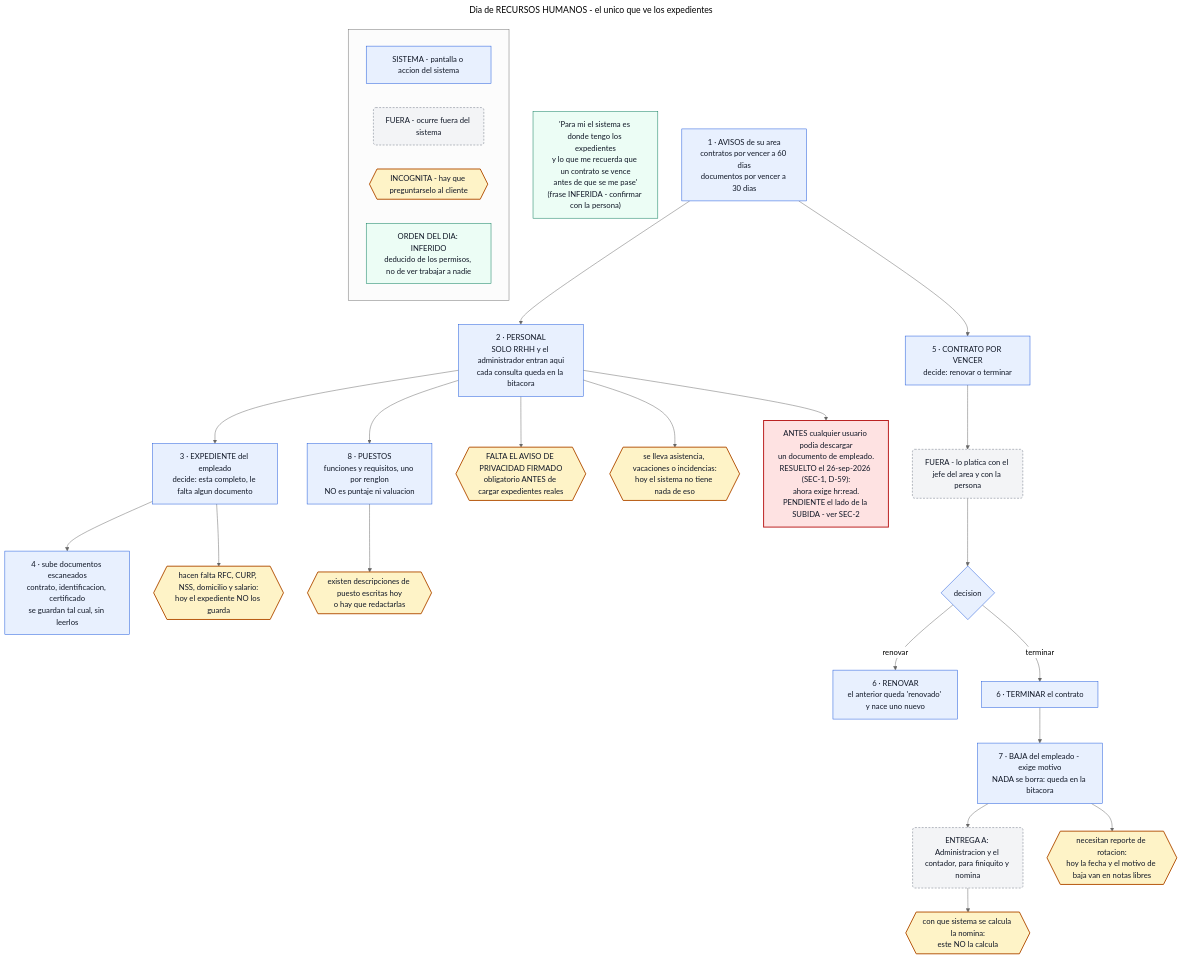
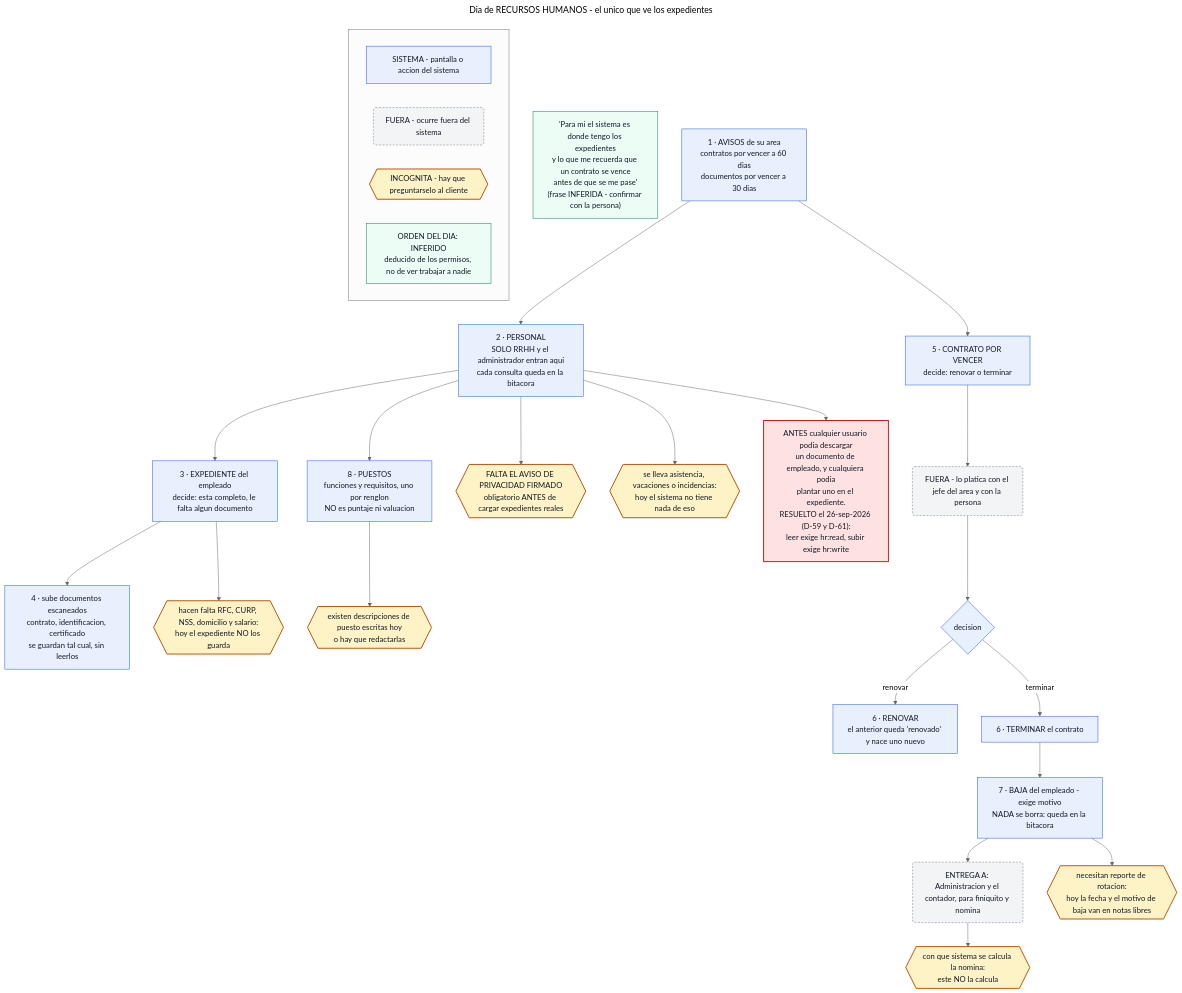
One commit to erimaan13-cmd/lahuerta-crm changed the diagram in docs/diagrams/18_uso_rrhh.mmd. Above: the diagram before and after it, drawn with Mermaid (neutral theme). The commit also changed 6 other files, not shown here.

First line of the commit message:
SEC-2: subir un adjunto exige el permiso de escritura de su módulo (D-61)

```diff
--- a/docs/diagrams/18_uso_rrhh.mmd
+++ b/docs/diagrams/18_uso_rrhh.mmd
@@ -1,48 +1,48 @@
 ---
 title: Dia de RECURSOS HUMANOS - el unico que ve los expedientes
 ---
 flowchart TB
   subgraph LEYENDA[" "]
     L1["SISTEMA - pantalla o accion del sistema"]
     L2("FUERA - ocurre fuera del sistema")
     L3{{"INCOGNITA - hay que preguntarselo al cliente"}}
     L4["ORDEN DEL DIA: INFERIDO<br/>deducido de los permisos, no de ver trabajar a nadie"]
   end
 
   F1["'Para mi el sistema es donde tengo los expedientes<br/>y lo que me recuerda que un contrato se vence<br/>antes de que se me pase'<br/>(frase INFERIDA - confirmar con la persona)"]
 
   A1["1 · AVISOS de su area<br/>contratos por vencer a 60 dias<br/>documentos por vencer a 30 dias"]
   A1 --> A2["2 · PERSONAL<br/>SOLO RRHH y el administrador entran aqui<br/>cada consulta queda en la bitacora"]
 
   A2 --> B1["3 · EXPEDIENTE del empleado<br/>decide: esta completo, le falta algun documento"]
   B1 --> B2["4 · sube documentos escaneados<br/>contrato, identificacion, certificado<br/>se guardan tal cual, sin leerlos"]
 
   A1 --> C1["5 · CONTRATO POR VENCER<br/>decide: renovar o terminar"]
   C1 --> C2("FUERA - lo platica con el jefe del area y con la persona")
   C2 --> C3{"decision"}
   C3 -->|renovar| C4["6 · RENOVAR<br/>el anterior queda 'renovado' y nace uno nuevo"]
   C3 -->|terminar| C5["6 · TERMINAR el contrato"]
   C5 --> C6["7 · BAJA del empleado - exige motivo<br/>NADA se borra: queda en la bitacora"]
   C6 --> C7("ENTREGA A: Administracion y el contador, para finiquito y nomina")
 
   A2 --> D1["8 · PUESTOS<br/>funciones y requisitos, uno por renglon<br/>NO es puntaje ni valuacion"]
   D1 --> D2{{"existen descripciones de puesto escritas hoy<br/>o hay que redactarlas"}}
 
   A2 --> E1{{"FALTA EL AVISO DE PRIVACIDAD FIRMADO<br/>obligatorio ANTES de cargar expedientes reales"}}
   B1 --> E2{{"hacen falta RFC, CURP, NSS, domicilio y salario:<br/>hoy el expediente NO los guarda"}}
   C6 --> E3{{"necesitan reporte de rotacion:<br/>hoy la fecha y el motivo de baja van en notas libres"}}
   A2 --> E4{{"se lleva asistencia, vacaciones o incidencias:<br/>hoy el sistema no tiene nada de eso"}}
   C7 --> E5{{"con que sistema se calcula la nomina:<br/>este NO la calcula"}}
 
-  A2 --> G1["ANTES cualquier usuario podia descargar<br/>un documento de empleado.<br/>RESUELTO el 26-sep-2026 (SEC-1, D-59):<br/>ahora exige hr:read.<br/>PENDIENTE el lado de la SUBIDA - ver SEC-2"]
+  A2 --> G1["ANTES cualquier usuario podia descargar<br/>un documento de empleado, y cualquiera podia<br/>plantar uno en el expediente.<br/>RESUELTO el 26-sep-2026 (D-59 y D-61):<br/>leer exige hr:read, subir exige hr:write"]
 
   classDef sistema fill:#e8f0fe,stroke:#1a56db,color:#111827
   classDef fuera fill:#f3f4f6,stroke:#6b7280,color:#111827,stroke-dasharray: 4 3
   classDef incognita fill:#fef3c7,stroke:#b45309,color:#111827,stroke-width:2px
   classDef frase fill:#ecfdf5,stroke:#047857,color:#111827
   classDef riesgo fill:#fee2e2,stroke:#b91c1c,color:#111827,stroke-width:2px
   class L1,A1,A2,B1,B2,C1,C3,C4,C5,C6,D1 sistema
   class L2,C2,C7 fuera
   class L3,D2,E1,E2,E3,E4,E5 incognita
   class F1,L4 frase
   class G1 riesgo
```
